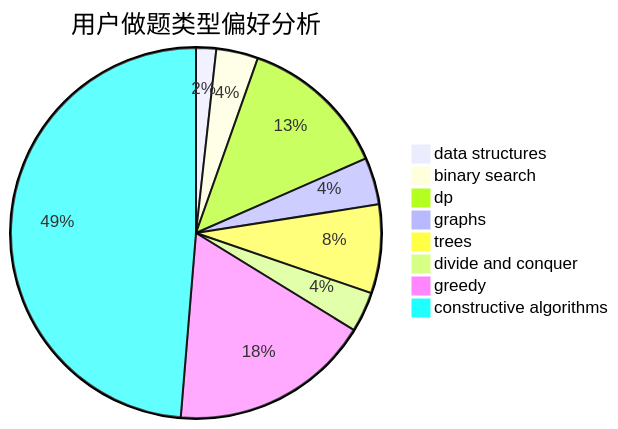
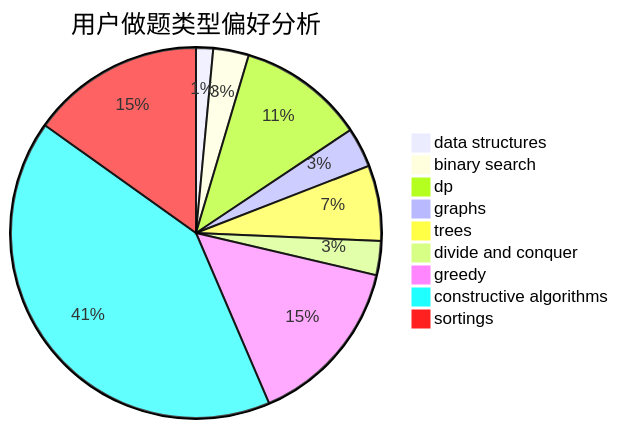
One commit to sherpahu/cfrs.github.io changed the second of 3 diagrams in docs/user/u1650.md. Above: the diagram before and after it, drawn with Mermaid. The commit also changed other lines of this file and 2769 other files, not shown here.

````diff
--- a/docs/user/u1650.md
+++ b/docs/user/u1650.md
@@ -23,11 +18,12 @@
 ```mermaid
 pie title 用户做题类型偏好分析
     "data structures" :  12
     "binary search" :  25
     "dp" :  89
     "graphs" :  28
     "trees" :  53
     "divide and conquer" :  24
     "greedy" :  120
     "constructive algorithms" :  333
+    "sortings" :  122
 ```
````
